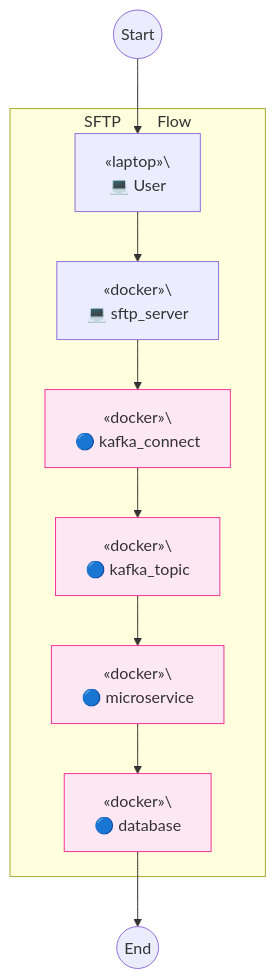
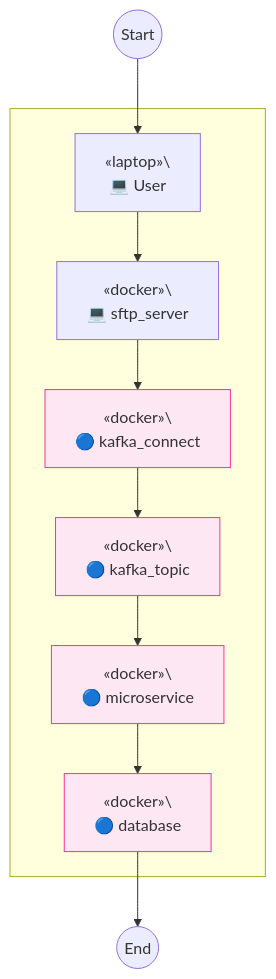
One commit to TrulyDigital/DATA_STREET changed the fourth of 4 diagrams in server_sftp/README.md. Above: the diagram before and after it, drawn with Mermaid.

Commit message:
feat: server-sftp uptade

````diff
--- a/server_sftp/README.md
+++ b/server_sftp/README.md
@@ -56,28 +56,28 @@
 ```mermaid
 graph TD
-    subgraph Container_A [SFTP&nbsp;&nbsp;&nbsp;&nbsp;&nbsp;&nbsp;&nbsp;&nbsp;&nbsp;Flow]
+    subgraph Container_A [.]
         A[«laptop»\<br/> 💻 User]
         B[«docker»\<br/> 💻 sftp_server]
         C[«docker»\<br/> 🔵 kafka_connect]
         C:::note_c
         D[«docker»\<br/> 🔵 kafka_topic]
         D:::note_d
         E[«docker»\<br/> 🔵 microservice]
         E:::note_e
         F[«docker»\<br/> 🔵 database]
         F:::note_f
     end
 
     Start((Start)) --> A
     A --> B
     B --> C
     C --> D
     D --> E
     E --> F
     F --> End((End))
 
     classDef note_c fill:#fce7f3,stroke:#f6339a,stroke-width:1px;
     classDef note_d fill:#fce7f3,stroke:#f6339a,stroke-width:1px;
     classDef note_e fill:#fce7f3,stroke:#f6339a,stroke-width:1px;
     classDef note_f fill:#fce7f3,stroke:#f6339a,stroke-width:1px;
 ```
````
